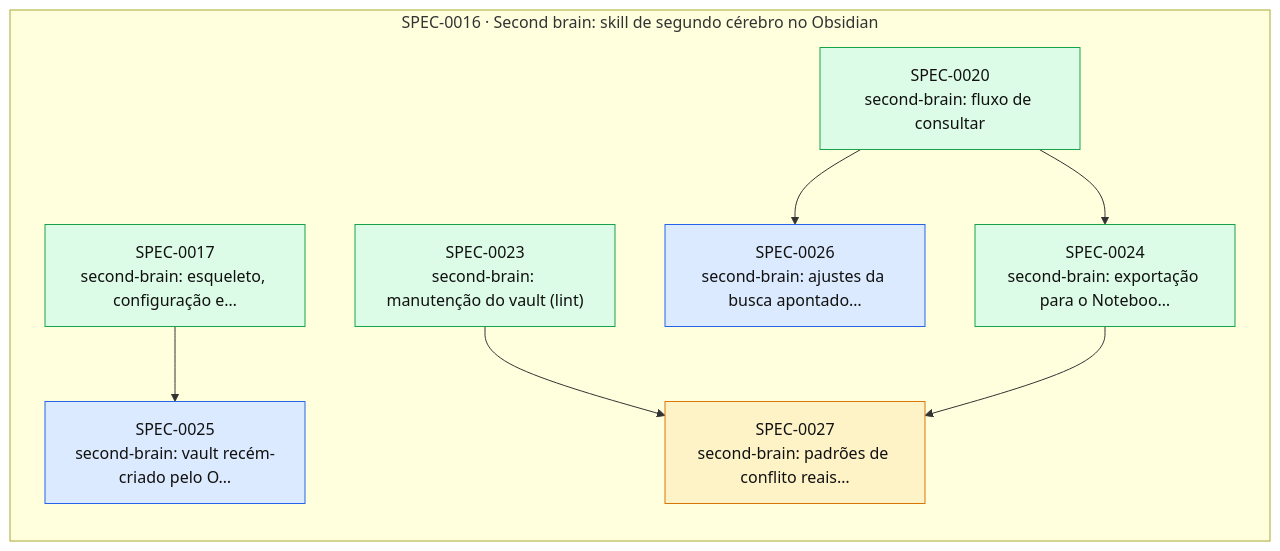
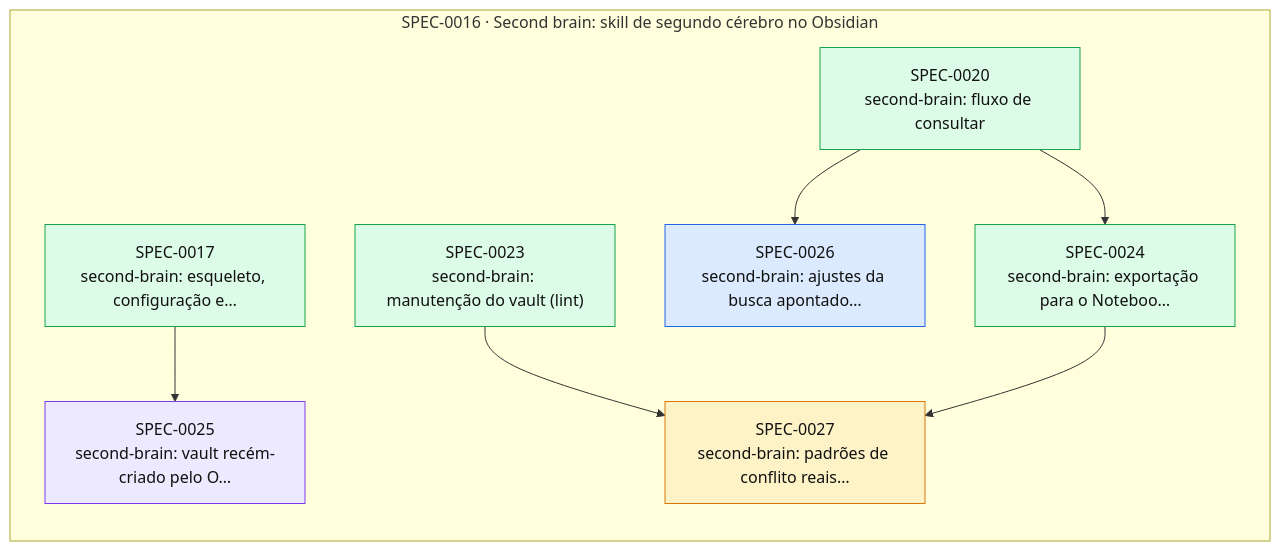
Before and after one commit to thomasravache/ai-dev-brain: the diagram in docs/specs/INDEX.md, drawn with Mermaid. The commit also changed other lines of this file and 1 other file, not shown here.

First line of the commit message:
docs(specs): SPEC-0025 em execução

````diff
--- a/docs/specs/INDEX.md
+++ b/docs/specs/INDEX.md
@@ -47,22 +47,22 @@
 ```mermaid
 flowchart LR
   subgraph E0016["SPEC-0016 · Second brain: skill de segundo cérebro no Obsidian"]
     S0017["SPEC-0017<br/>second-brain: esqueleto, configuração e…"]:::implemented
     S0020["SPEC-0020<br/>second-brain: fluxo de consultar"]:::implemented
     S0023["SPEC-0023<br/>second-brain: manutenção do vault (lint)"]:::implemented
     S0024["SPEC-0024<br/>second-brain: exportação para o Noteboo…"]:::implemented
-    S0025["SPEC-0025<br/>second-brain: vault recém-criado pelo O…"]:::approved
+    S0025["SPEC-0025<br/>second-brain: vault recém-criado pelo O…"]:::inprogress
     S0026["SPEC-0026<br/>second-brain: ajustes da busca apontado…"]:::approved
     S0027["SPEC-0027<br/>second-brain: padrões de conflito reais…"]:::proposed
   end
   S0020 --> S0024
   S0017 --> S0025
   S0020 --> S0026
   S0023 --> S0027
   S0024 --> S0027
   classDef proposed fill:#fef3c7,stroke:#d97706,color:#111
   classDef approved fill:#dbeafe,stroke:#2563eb,color:#111
   classDef inprogress fill:#ede9fe,stroke:#7c3aed,color:#111
   classDef implemented fill:#dcfce7,stroke:#16a34a,color:#111
   classDef deprecated fill:#f3f4f6,stroke:#9ca3af,color:#6b7280
 ```
````
